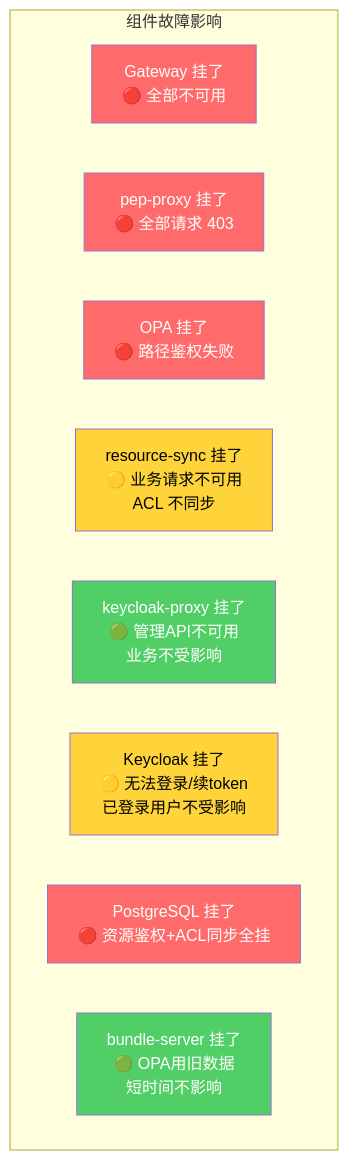
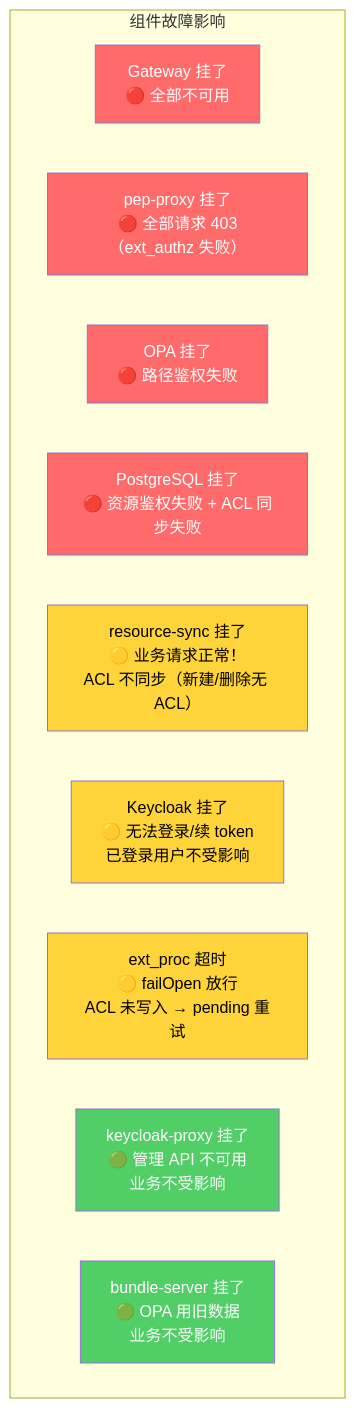
Before and after one commit to xiewanchao/aidp-iam: the first of 16 diagrams in diagrams/failure-scenarios.md, drawn with Mermaid. The commit also changed other lines of this file and 5 other files, not shown here.

````diff
--- a/diagrams/failure-scenarios.md
+++ b/diagrams/failure-scenarios.md
@@ -9,22 +11,24 @@
 ```mermaid
 flowchart TB
     subgraph 组件故障影响
-        GW_FAIL[Gateway 挂了<br/>🔴 全部不可用]
-        PEP_FAIL[pep-proxy 挂了<br/>🔴 全部请求 403]
-        OPA_FAIL[OPA 挂了<br/>🔴 路径鉴权失败]
-        RS_FAIL[resource-sync 挂了<br/>🟡 业务请求不可用<br/>ACL 不同步]
-        KP_FAIL[keycloak-proxy 挂了<br/>🟢 管理API不可用<br/>业务不受影响]
-        KC_FAIL[Keycloak 挂了<br/>🟡 无法登录/续token<br/>已登录用户不受影响]
-        PG_FAIL[PostgreSQL 挂了<br/>🔴 资源鉴权+ACL同步全挂]
-        BS_FAIL[bundle-server 挂了<br/>🟢 OPA用旧数据<br/>短时间不影响]
+        GW_FAIL["Gateway 挂了<br/>🔴 全部不可用"]
+        PEP_FAIL["pep-proxy 挂了<br/>🔴 全部请求 403（ext_authz 失败）"]
+        OPA_FAIL["OPA 挂了<br/>🔴 路径鉴权失败"]
+        PG_FAIL["PostgreSQL 挂了<br/>🔴 资源鉴权失败 + ACL 同步失败"]
+        RS_FAIL["resource-sync 挂了<br/>🟡 业务请求正常！<br/>ACL 不同步（新建/删除无 ACL）"]
+        KC_FAIL["Keycloak 挂了<br/>🟡 无法登录/续 token<br/>已登录用户不受影响"]
+        EP_FAIL["ext_proc 超时<br/>🟡 failOpen 放行<br/>ACL 未写入 → pending 重试"]
+        KP_FAIL["keycloak-proxy 挂了<br/>🟢 管理 API 不可用<br/>业务不受影响"]
+        BS_FAIL["bundle-server 挂了<br/>🟢 OPA 用旧数据<br/>业务不受影响"]
     end
 
     style GW_FAIL fill:#ff6b6b,color:#fff
     style PEP_FAIL fill:#ff6b6b,color:#fff
     style OPA_FAIL fill:#ff6b6b,color:#fff
+    style PG_FAIL fill:#ff6b6b,color:#fff
     style RS_FAIL fill:#ffd43b,color:#000
+    style KC_FAIL fill:#ffd43b,color:#000
+    style EP_FAIL fill:#ffd43b,color:#000
     style KP_FAIL fill:#51cf66,color:#fff
-    style KC_FAIL fill:#ffd43b,color:#000
-    style PG_FAIL fill:#ff6b6b,color:#fff
     style BS_FAIL fill:#51cf66,color:#fff
 ```
````
